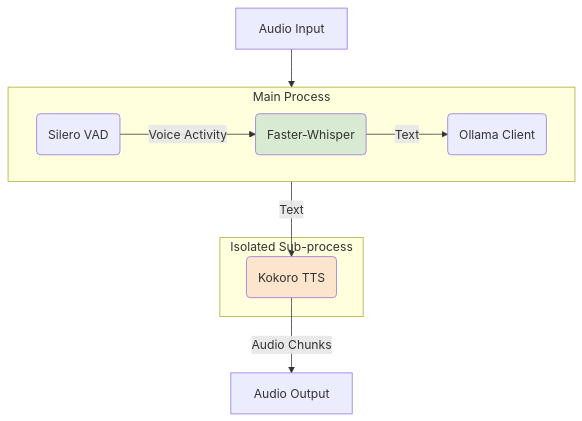
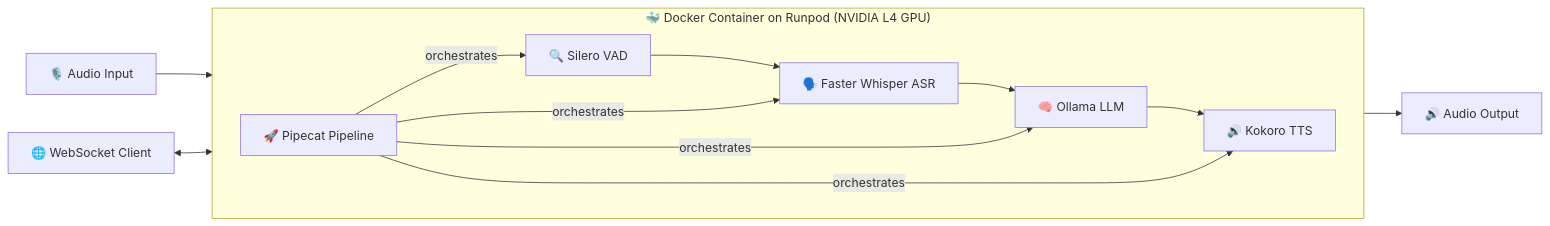
Before and after one commit to Panzah-Nexus/voice-pipeline: the diagram in docs/2_architecture.md, drawn with Mermaid. The commit also changed other lines of this file and 14 other files, not shown here.

````diff
--- a/docs/2_architecture.md
+++ b/docs/2_architecture.md
@@ -9,22 +7,19 @@
 ```mermaid
-graph TD
-    A[Audio Input] --> B{VAD};
-    B --> |Voice Activity| C[STT Service];
-    C --> |Text| D[LLM Service];
-    D --> |Text| E[TTS Service];
-    E --> |Audio Chunks| F[Audio Output];
-
-    subgraph "Main Process"
+graph LR
+    A[🎙️ Audio Input] --> B[🔍 Silero VAD]
+    B --> C[🗣️ Faster Whisper ASR]
+    C --> D[🧠 Ollama LLM]
+    D --> E[🔊 Kokoro TTS]
+    E --> F[🔊 Audio Output]
+    
+    subgraph "🐳 Docker Container on Runpod (NVIDIA L4 GPU)"
         direction LR
-        B(Silero VAD)
-        C(Faster-Whisper)
-        D(Ollama Client)
+        I[🚀 Pipecat Pipeline]
+        I -- orchestrates --> B
+        I -- orchestrates --> C
+        I -- orchestrates --> D
+        I -- orchestrates --> E
     end
 
-    subgraph "Isolated Sub-process"
-        E(Kokoro TTS)
-    end
-
-    style C fill:#D9EAD3
-    style E fill:#FCE5CD
+    G[🌐 WebSocket Client] <--> I
 ```
````
